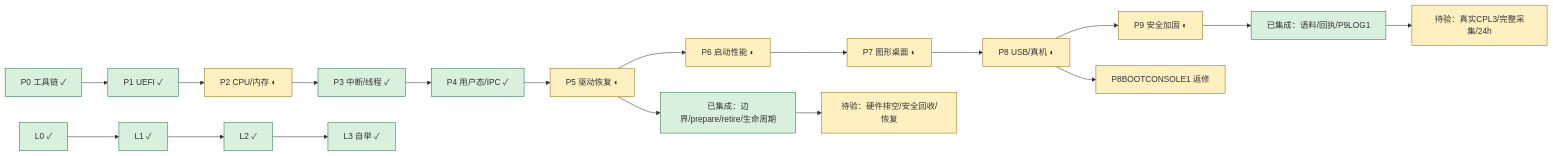
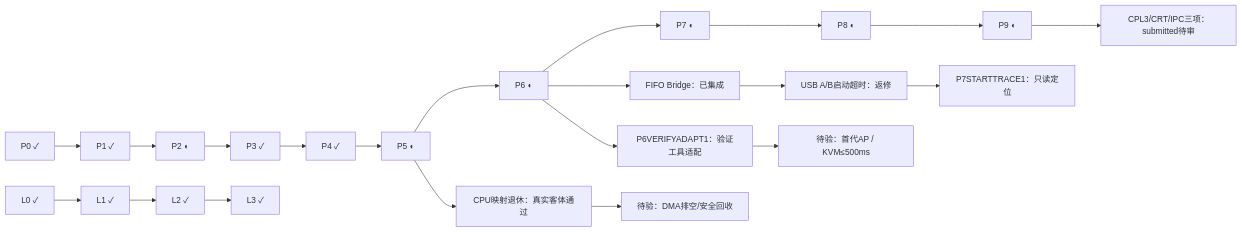
Before and after one commit to d-c-huang/dongos: the diagram in coordination/dongos_works/progress-map.md, drawn with Mermaid. The commit also changed other lines of this file and 159 other files, not shown here.

First line of the commit message:
Integrate FIFO Bridge and verify P5 guest retirement

````diff
--- a/coordination/dongos_works/progress-map.md
+++ b/coordination/dongos_works/progress-map.md
@@ -26,12 +69,10 @@
 ```mermaid
 flowchart LR
-  P0["P0 工具链 ✓"] --> P1["P1 UEFI ✓"] --> P2["P2 CPU/内存 ◐"] --> P3["P3 中断/线程 ✓"] --> P4["P4 用户态/IPC ✓"] --> P5["P5 驱动恢复 ◐"] --> P6["P6 启动性能 ◐"] --> P7["P7 图形桌面 ◐"] --> P8["P8 USB/真机 ◐"] --> P9["P9 安全加固 ◐"]
-  L0["L0 ✓"] --> L1["L1 ✓"] --> L2["L2 ✓"] --> L3["L3 自举 ✓"]
-  P5 --> DMA["已集成：边界/prepare/retire/生命周期"] --> DRAIN["待验：硬件排空/安全回收/恢复"]
-  P9 --> LOG["已集成：语料/回执/P9LOG1"] --> GUEST["待验：真实CPL3/完整采集/24h"]
-  P8 --> BOOT["P8BOOTCONSOLE1 返修"]
-  classDef done fill:#daf0df,stroke:#267349
-  classDef partial fill:#fff0c2,stroke:#936b13
-  class P0,P1,P3,P4,L0,L1,L2,L3,DMA,LOG done
-  class P2,P5,P6,P7,P8,P9,DRAIN,GUEST,BOOT partial
+  P0["P0 ✓"] --> P1["P1 ✓"] --> P2["P2 ◐"] --> P3["P3 ✓"] --> P4["P4 ✓"] --> P5["P5 ◐"] --> P6["P6 ◐"] --> P7["P7 ◐"] --> P8["P8 ◐"] --> P9["P9 ◐"]
+  L0["L0 ✓"] --> L1["L1 ✓"] --> L2["L2 ✓"] --> L3["L3 ✓"]
+  P5 --> RETIRE["CPU映射退休：真实客体通过"] --> DMA["待验：DMA排空/安全回收"]
+  P6 --> BKL["FIFO Bridge：已集成"] --> USB["USB A/B启动超时：返修"]
+  USB --> TRACE["P7STARTTRACE1：只读定位"]
+  P6 --> ADAPT["P6VERIFYADAPT1：验证工具适配"] --> KVM["待验：首代AP / KVM≤500ms"]
+  P9 --> REVIEW["CPL3/CRT/IPC三项：submitted待审"]
 ```
````
